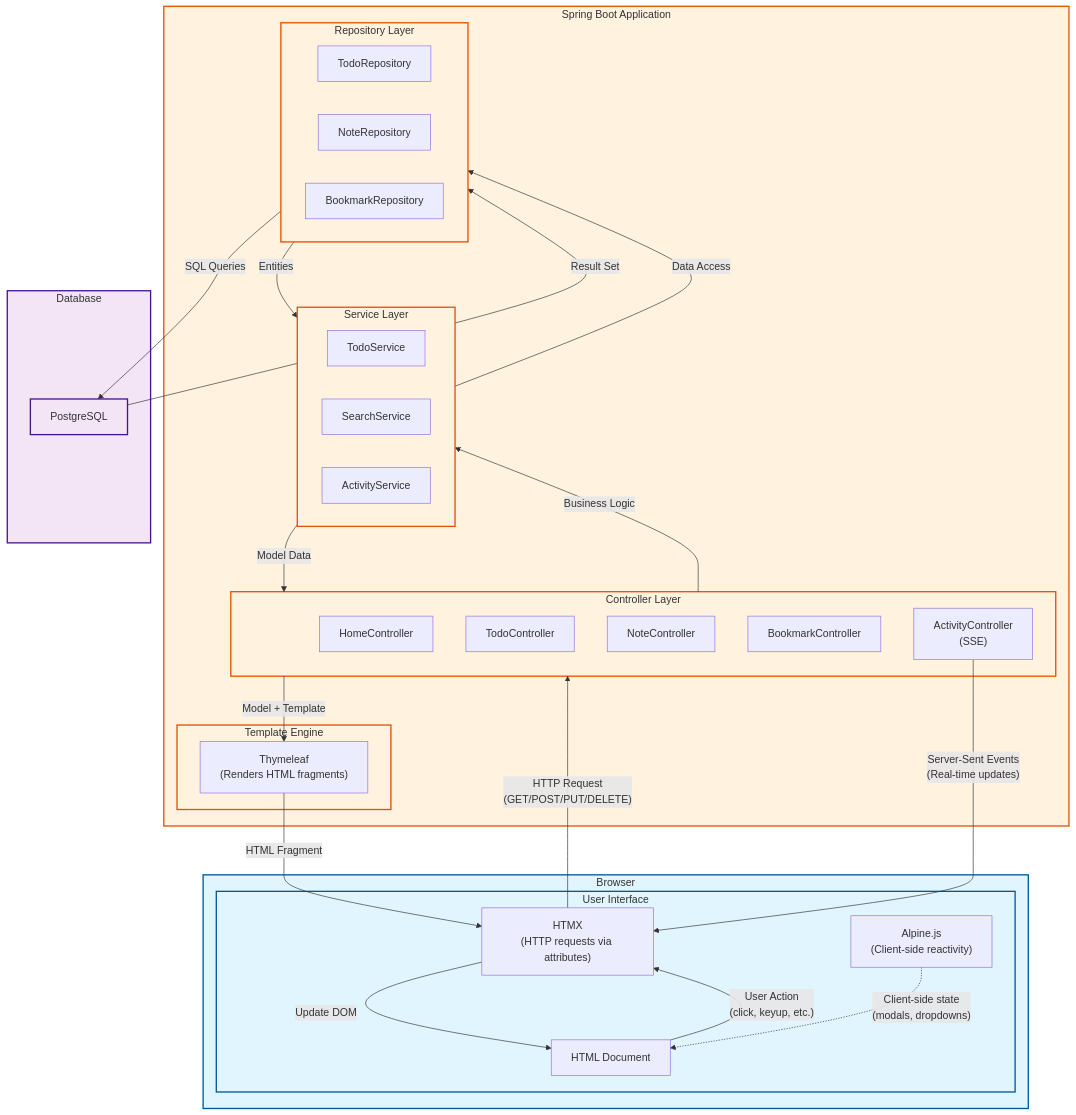
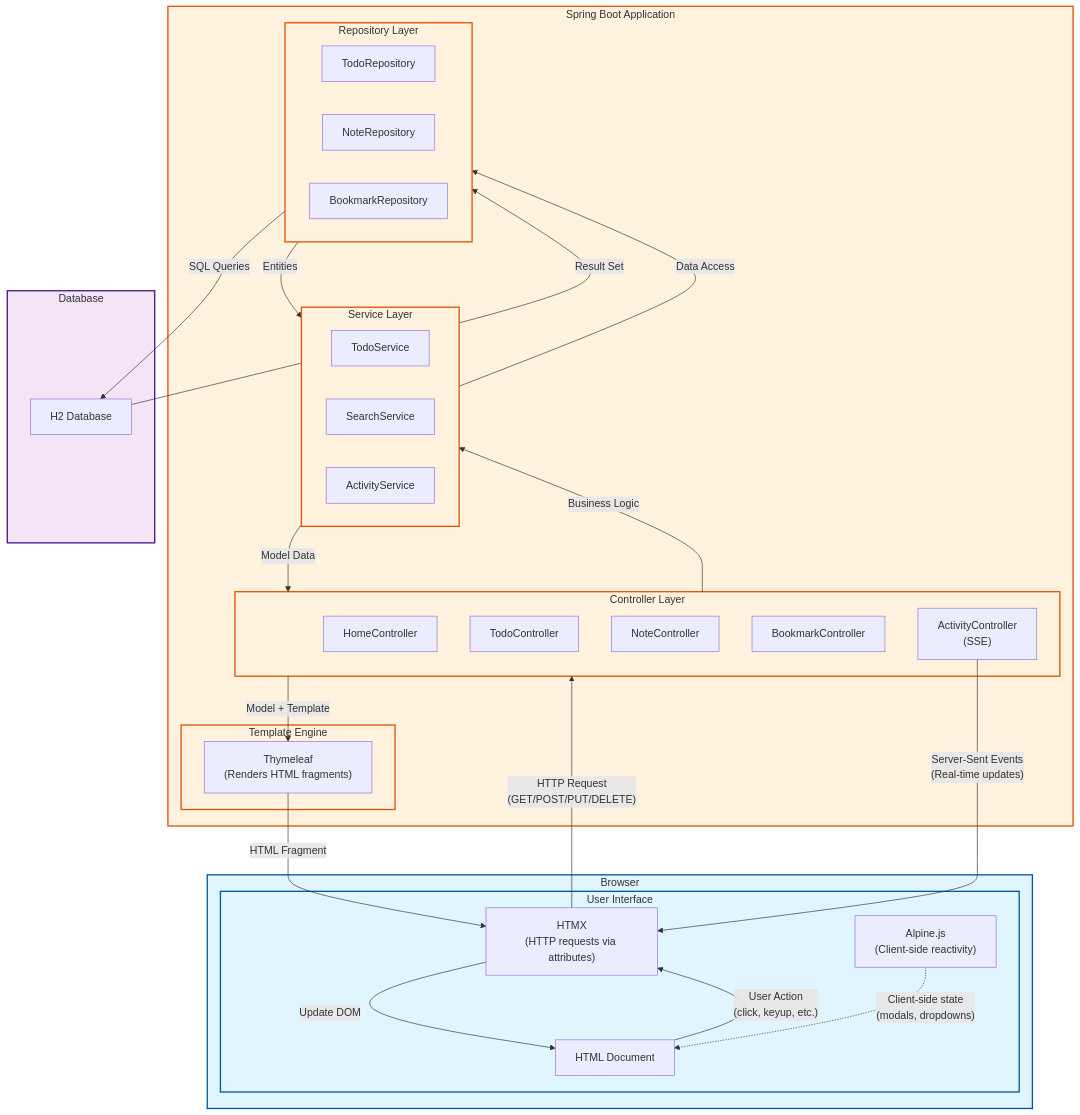
One commit to endymuhardin/belajar-htmx changed the first of 5 diagrams in README.md. Above: the diagram before and after it, drawn with Mermaid. The commit also changed other lines of this file and 13 other files, not shown here.

First line of the commit message:
Migrate from PostgreSQL to H2 database with Spring Boot 4 configuration

````diff
--- a/README.md
+++ b/README.md
@@ -55,63 +55,63 @@
 ```mermaid
 flowchart TB
     subgraph Browser["Browser"]
         subgraph UI["User Interface"]
             HTML["HTML Document"]
             HTMX["HTMX<br/>(HTTP requests via attributes)"]
             Alpine["Alpine.js<br/>(Client-side reactivity)"]
         end
     end
 
     subgraph Server["Spring Boot Application"]
         subgraph Controller["Controller Layer"]
             HC["HomeController"]
             TC["TodoController"]
             NC["NoteController"]
             BC["BookmarkController"]
             AC["ActivityController<br/>(SSE)"]
         end
 
         subgraph Service["Service Layer"]
             TS["TodoService"]
             SS["SearchService"]
             AS["ActivityService"]
         end
 
         subgraph Repo["Repository Layer"]
             TR["TodoRepository"]
             NR["NoteRepository"]
             BR["BookmarkRepository"]
         end
 
         subgraph Template["Template Engine"]
             TH["Thymeleaf<br/>(Renders HTML fragments)"]
         end
     end
 
     subgraph Data["Database"]
-        PG["PostgreSQL"]
+        H2["H2 Database"]
     end
 
     HTML -->|"User Action<br/>(click, keyup, etc.)"| HTMX
     HTMX -->|"HTTP Request<br/>(GET/POST/PUT/DELETE)"| Controller
     Controller -->|"Business Logic"| Service
     Service -->|"Data Access"| Repo
-    Repo -->|"SQL Queries"| PG
-    PG -->|"Result Set"| Repo
+    Repo -->|"SQL Queries"| H2
+    H2 -->|"Result Set"| Repo
     Repo -->|"Entities"| Service
     Service -->|"Model Data"| Controller
     Controller -->|"Model + Template"| TH
     TH -->|"HTML Fragment"| HTMX
     HTMX -->|"Update DOM"| HTML
 
     Alpine -.->|"Client-side state<br/>(modals, dropdowns)"| HTML
     AC -->|"Server-Sent Events<br/>(Real-time updates)"| HTMX
 
     classDef browserClass fill:#e1f5ff,stroke:#01579b,stroke-width:2px
     classDef serverClass fill:#fff3e0,stroke:#e65100,stroke-width:2px
     classDef dataClass fill:#f3e5f5,stroke:#4a148c,stroke-width:2px
 
     class Browser,UI browserClass
     class Server,Controller,Service,Repo,Template serverClass
     class Data,PG dataClass
 ```
````
